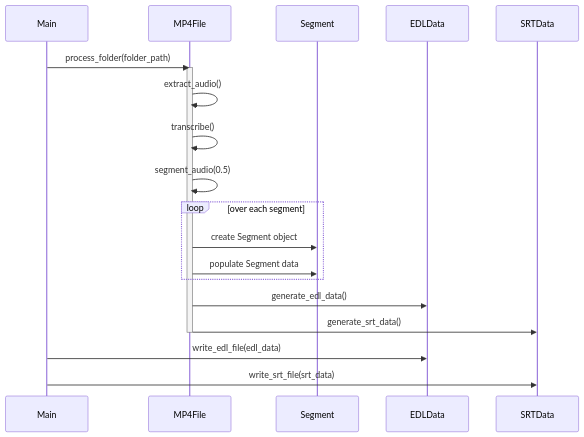
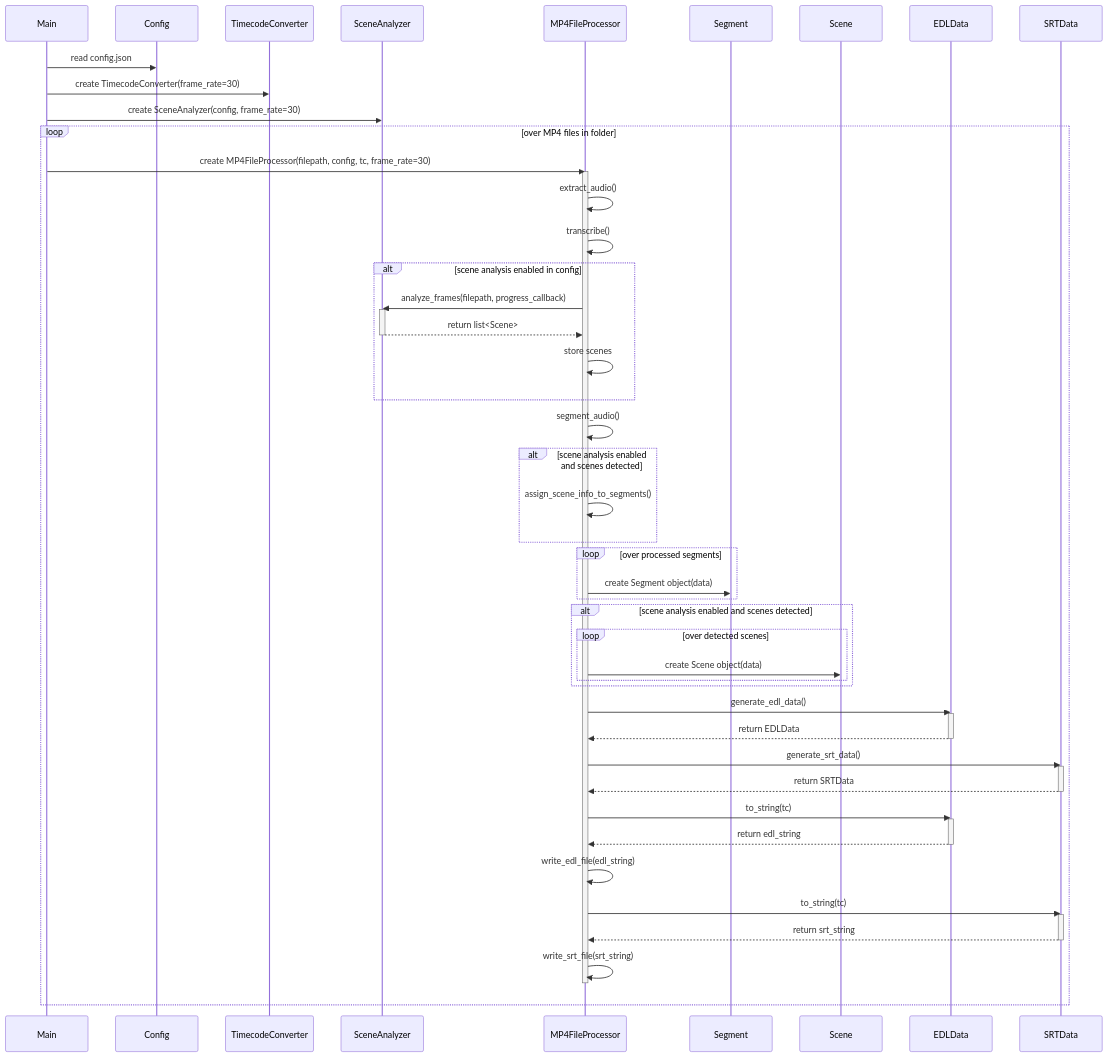
One commit to chnmotoTmz/mp4_to_edl_srt_v2 changed the second of 2 diagrams in resources/system_design/20250302144217.md. Above: the diagram before and after it, drawn with Mermaid. The commit also changed other lines of this file and 13 other files, not shown here.

````diff
--- a/resources/system_design/20250302144217.md
+++ b/resources/system_design/20250302144217.md
@@ -46,22 +104,71 @@
 ```mermaid
 sequenceDiagram
     participant Main as Main
-    participant MP4File as MP4File
-    participant Segment as Segment
-    participant EDLData as EDLData
-    participant SRTData as SRTData
-    Main->>MP4File: process_folder(folder_path)
-    activate MP4File
-    MP4File->>MP4File: extract_audio()
-    MP4File->>MP4File: transcribe()
-    MP4File->>MP4File: segment_audio(0.5)
-    loop over each segment
-        MP4File->>Segment: create Segment object
-        MP4File->>Segment: populate Segment data
+    participant Config as Config
+    participant TC as TimecodeConverter
+    participant SA as SceneAnalyzer
+    participant MP4Proc as MP4FileProcessor
+    participant Seg as Segment
+    participant SceneObj as Scene
+    participant EDL as EDLData
+    participant SRT as SRTData
+
+    Main->>Config: read config.json
+    Main->>TC: create TimecodeConverter(frame_rate=30)
+    Main->>SA: create SceneAnalyzer(config, frame_rate=30)
+
+    loop over MP4 files in folder
+        Main->>MP4Proc: create MP4FileProcessor(filepath, config, tc, frame_rate=30)
+        activate MP4Proc
+        MP4Proc->>MP4Proc: extract_audio()
+        MP4Proc->>MP4Proc: transcribe()
+
+        alt scene analysis enabled in config
+            MP4Proc->>SA: analyze_frames(filepath, progress_callback)
+            activate SA
+            SA-->>MP4Proc: return list<Scene>
+            deactivate SA
+            MP4Proc->>MP4Proc: store scenes
+        end
+
+        MP4Proc->>MP4Proc: segment_audio()
+
+        alt scene analysis enabled and scenes detected
+             MP4Proc->>MP4Proc: assign_scene_info_to_segments()
+        end
+
+        loop over processed segments
+            MP4Proc->>Seg: create Segment object(data)
+        end
+
+        alt scene analysis enabled and scenes detected
+            loop over detected scenes
+                 MP4Proc->>SceneObj: create Scene object(data)
+            end
+        end
+
+        MP4Proc->>EDL: generate_edl_data() 
+        activate EDL
+        EDL-->>MP4Proc: return EDLData
+        deactivate EDL
+
+        MP4Proc->>SRT: generate_srt_data() 
+        activate SRT
+        SRT-->>MP4Proc: return SRTData
+        deactivate SRT
+
+        MP4Proc->>EDL: to_string(tc)
+        activate EDL
+        EDL-->>MP4Proc: return edl_string
+        deactivate EDL
+        MP4Proc->>MP4Proc: write_edl_file(edl_string)
+
+        MP4Proc->>SRT: to_string(tc)
+        activate SRT
+        SRT-->>MP4Proc: return srt_string
+        deactivate SRT
+        MP4Proc->>MP4Proc: write_srt_file(srt_string)
+
+        deactivate MP4Proc
     end
-    MP4File->>EDLData: generate_edl_data()
-    MP4File->>SRTData: generate_srt_data()
-    deactivate MP4File
-    Main->>EDLData: write_edl_file(edl_data)
-    Main->>SRTData: write_srt_file(srt_data)
 ```
````
